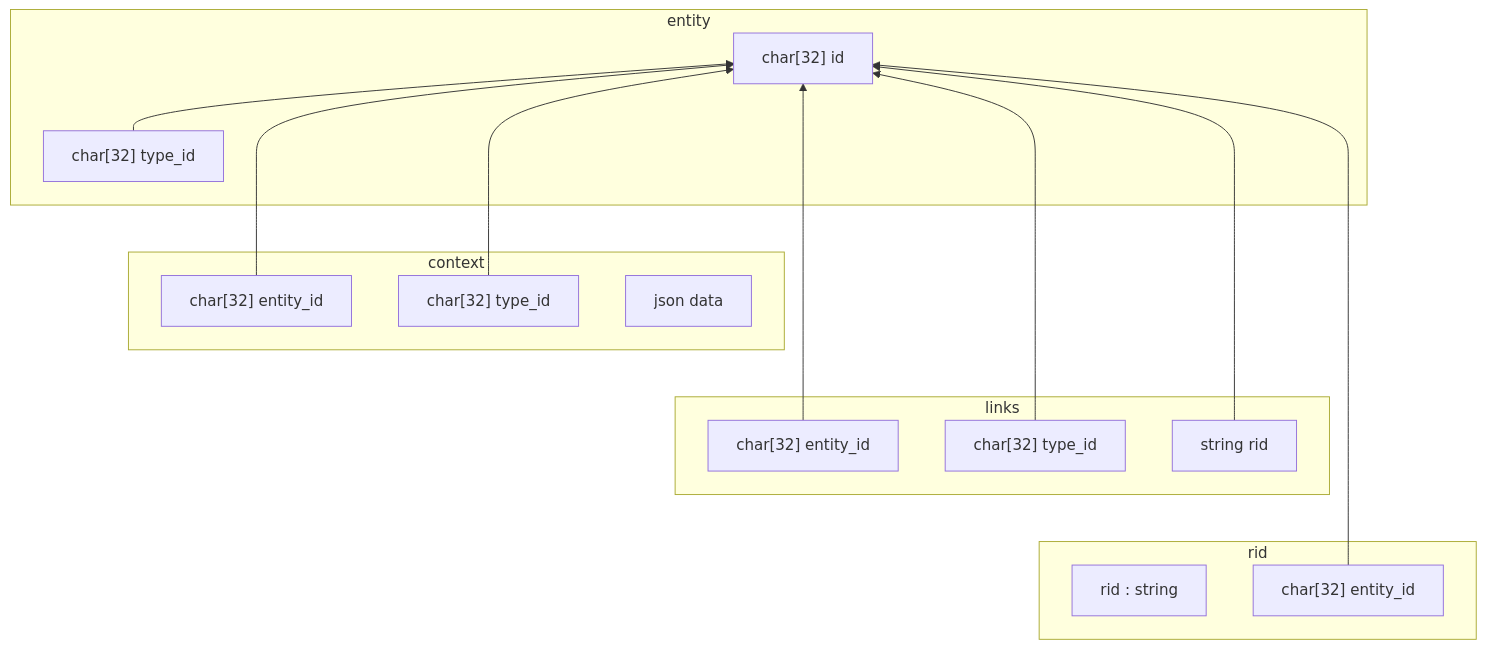
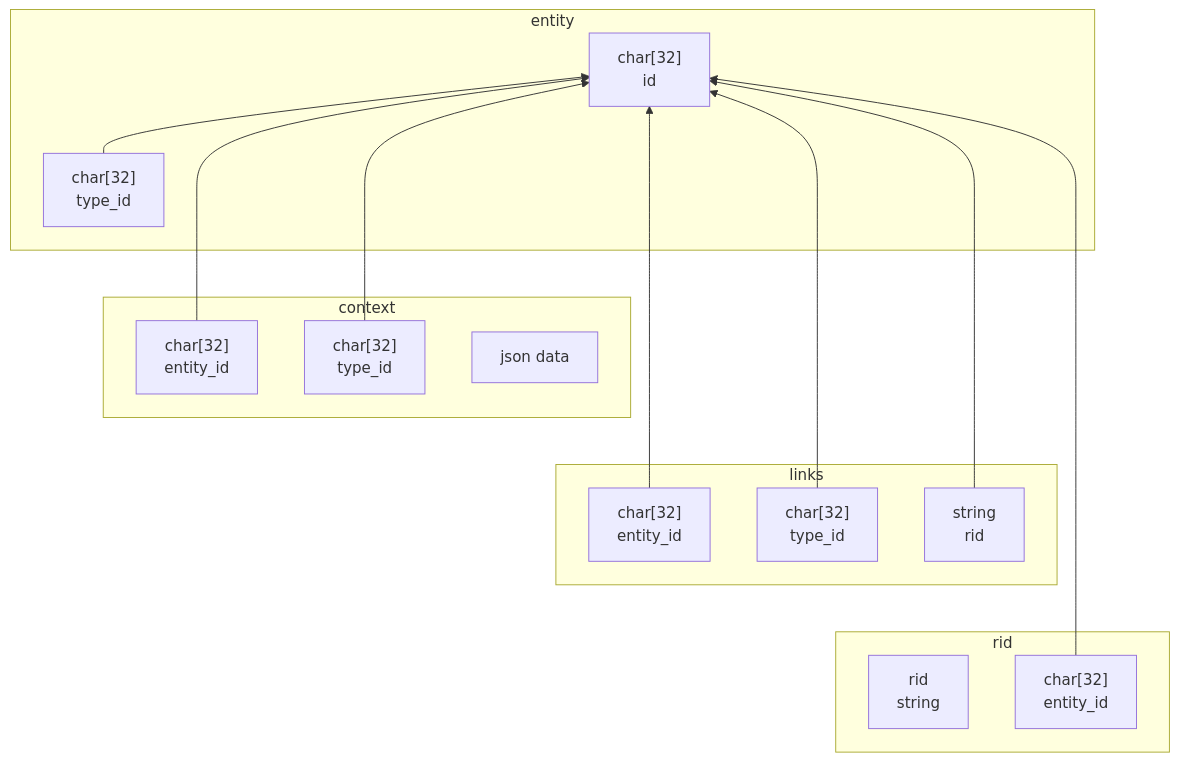
Before and after one commit to johnthesmith/scraps: the second of 2 diagrams in ru/entities.md, drawn with Mermaid.

````diff
--- a/ru/entities.md
+++ b/ru/entities.md
@@ -142,34 +142,33 @@
 ```mermaid
 graph BT
   subgraph entity
-    entity_id["char[32] id"]
-    entity_type_id["char[32] type_id"]
+    entity_id["char[32] <br> id"]
+    entity_type_id["char[32] <br> type_id"]
   end
 
   subgraph rid
-    rid_value["rid : string"]
-    rid_entity_id["char[32] entity_id"]
+    rid_value["rid <br> string"]
+    rid_entity_id["char[32] <br> entity_id"]
   end
 
 subgraph context
-    context_id["char[32] entity_id"]
-    context_type_id["char[32] type_id"]
+    context_id["char[32]<br>entity_id"]
+    context_type_id["char[32] <br> type_id"]
     context_data["json data"]
 end
 
  subgraph links
-    link_from_id["char[32] entity_id"]
-    link_type_id["char[32] type_id"]
-    link_to_id["string rid"]
+    link_from_id["char[32] <br> entity_id"]
+    link_type_id["char[32] <br> type_id"]
+    link_to_id["string <br> rid"]
   end
 
 
 entity_type_id --> entity_id
 context_type_id ---> entity_id 
 rid_entity_id -----> entity_id 
 link_from_id ---> entity_id 
 link_to_id ---> entity_id 
 link_type_id ----> entity_id 
 context_id ---> entity_id 
-
 ```
````
